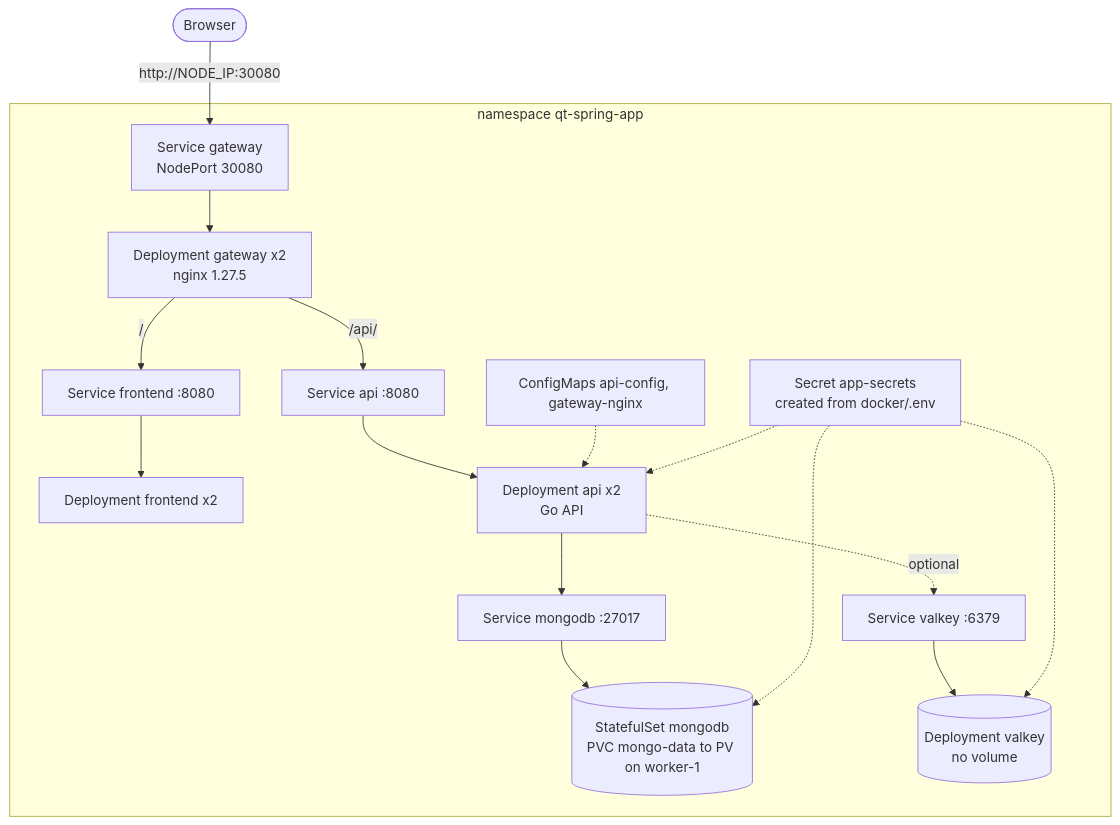
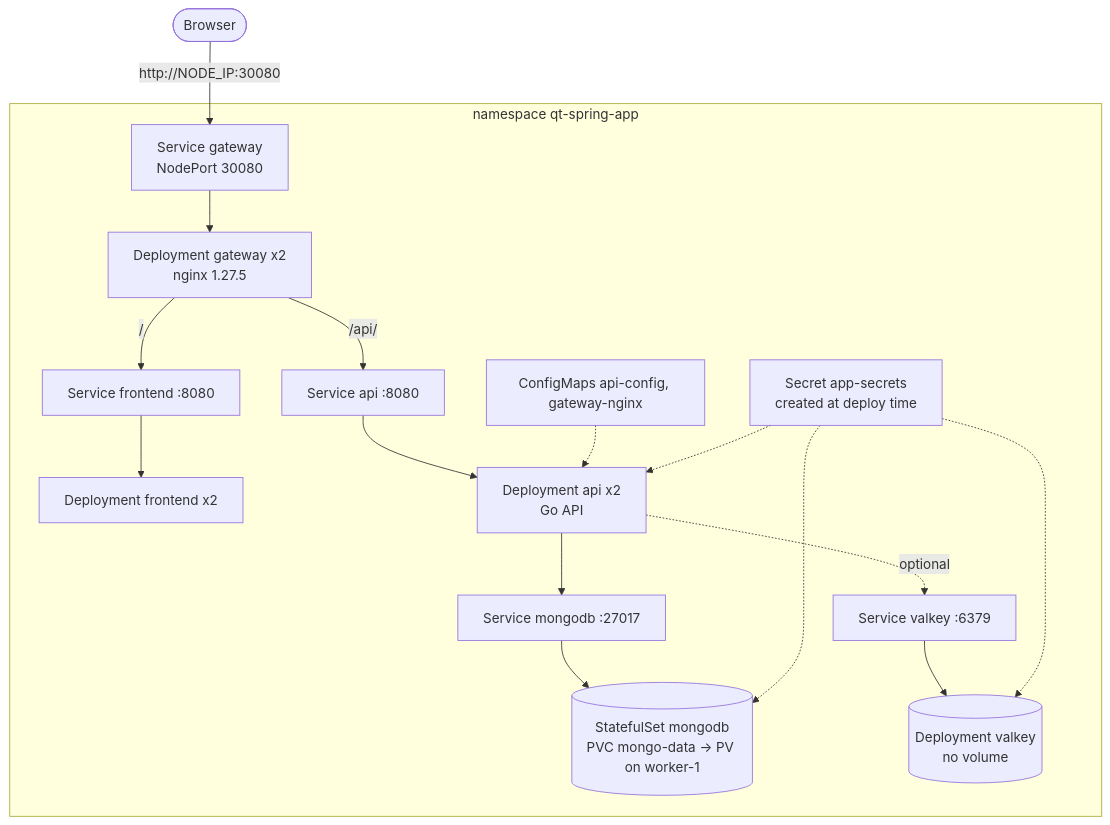
Before and after one commit to Angelosewase/qt-practical-test: the second of 2 diagrams in README.md, drawn with Mermaid. The commit also changed other lines of this file and 2 other files, not shown here.

````diff
--- a/README.md
+++ b/README.md
@@ -50,15 +110,15 @@
 ```mermaid
 flowchart TB
     user([Browser]) -->|"http://NODE_IP:30080"| svc_gw[Service gateway<br/>NodePort 30080]
     subgraph ns [namespace qt-spring-app]
       svc_gw --> gw[Deployment gateway x2<br/>nginx 1.27.5]
       gw -->|"/"| svc_fe[Service frontend :8080] --> fe[Deployment frontend x2]
       gw -->|"/api/"| svc_api[Service api :8080] --> api[Deployment api x2<br/>Go API]
-      api --> svc_db[Service mongodb :27017] --> db[(StatefulSet mongodb<br/>PVC mongo-data to PV on worker-1)]
+      api --> svc_db[Service mongodb :27017] --> db[(StatefulSet mongodb<br/>PVC mongo-data → PV on worker-1)]
       api -. optional .-> svc_vk[Service valkey :6379] --> vk[(Deployment valkey<br/>no volume)]
       cm[ConfigMaps api-config, gateway-nginx] -.-> api
-      sec[Secret app-secrets<br/>created from docker/.env] -.-> api
+      sec[Secret app-secrets<br/>created at deploy time] -.-> api
       sec -.-> db
       sec -.-> vk
     end
 ```
````
